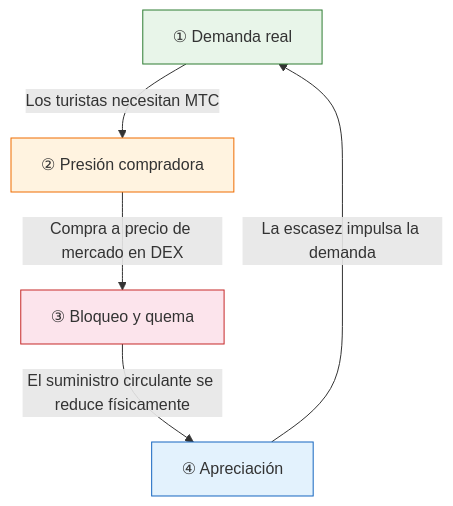
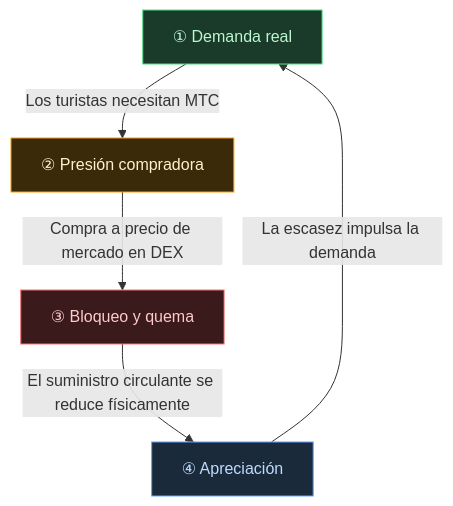
The first of 2 diagrams in i18n/es/docusaurus-plugin-content-docs/current/02-vision.md (Cootakahashi/matsuri-dao-whitepaper), drawn with Mermaid before and after one commit. The commit also changed 102 other files, not shown here.

````diff
--- a/i18n/es/docusaurus-plugin-content-docs/current/02-vision.md
+++ b/i18n/es/docusaurus-plugin-content-docs/current/02-vision.md
@@ -42,12 +42,12 @@
 ```mermaid
 graph TD
-    A["① Demanda real"] -->|Los turistas necesitan MTC| B["② Presión compradora"]
-    B -->|Compra a precio de mercado en DEX| C["③ Bloqueo y quema"]
-    C -->|El suministro circulante se reduce físicamente| D["④ Apreciación"]
+    A["① Demanda real"]:::step1 -->|Los turistas necesitan MTC| B["② Presión compradora"]:::step2
+    B -->|Compra a precio de mercado en DEX| C["③ Bloqueo y quema"]:::step3
+    C -->|El suministro circulante se reduce físicamente| D["④ Apreciación"]:::step4
     D -->|La escasez impulsa la demanda| A
 
-    style A fill:#e8f5e9,stroke:#2e7d32
-    style B fill:#fff3e0,stroke:#ef6c00
-    style C fill:#fce4ec,stroke:#c62828
-    style D fill:#e3f2fd,stroke:#1565c0
+    classDef step1 fill:#1a3a2a,stroke:#4ade80,color:#bbf7d0
+    classDef step2 fill:#3a2a0a,stroke:#f59e0b,color:#fef3c7
+    classDef step3 fill:#3a1a1a,stroke:#f87171,color:#fecaca
+    classDef step4 fill:#1a2a3a,stroke:#60a5fa,color:#bfdbfe
 ```
````
